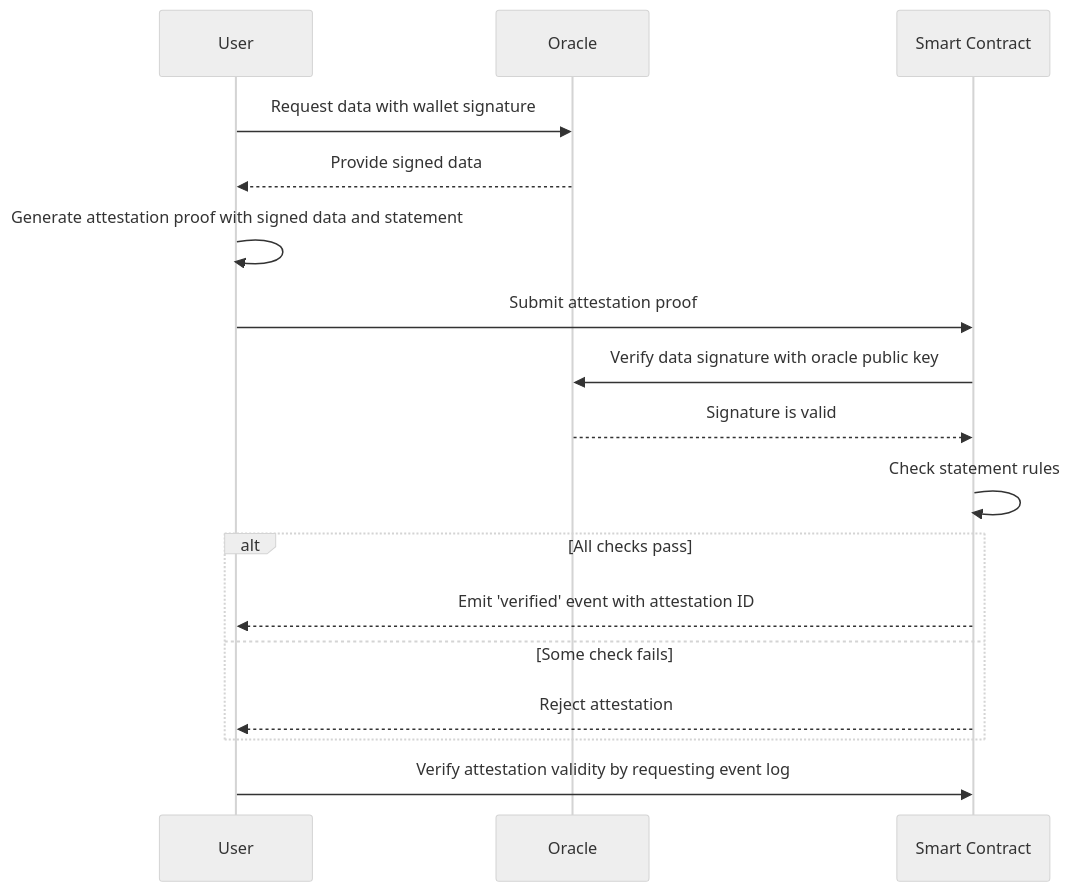
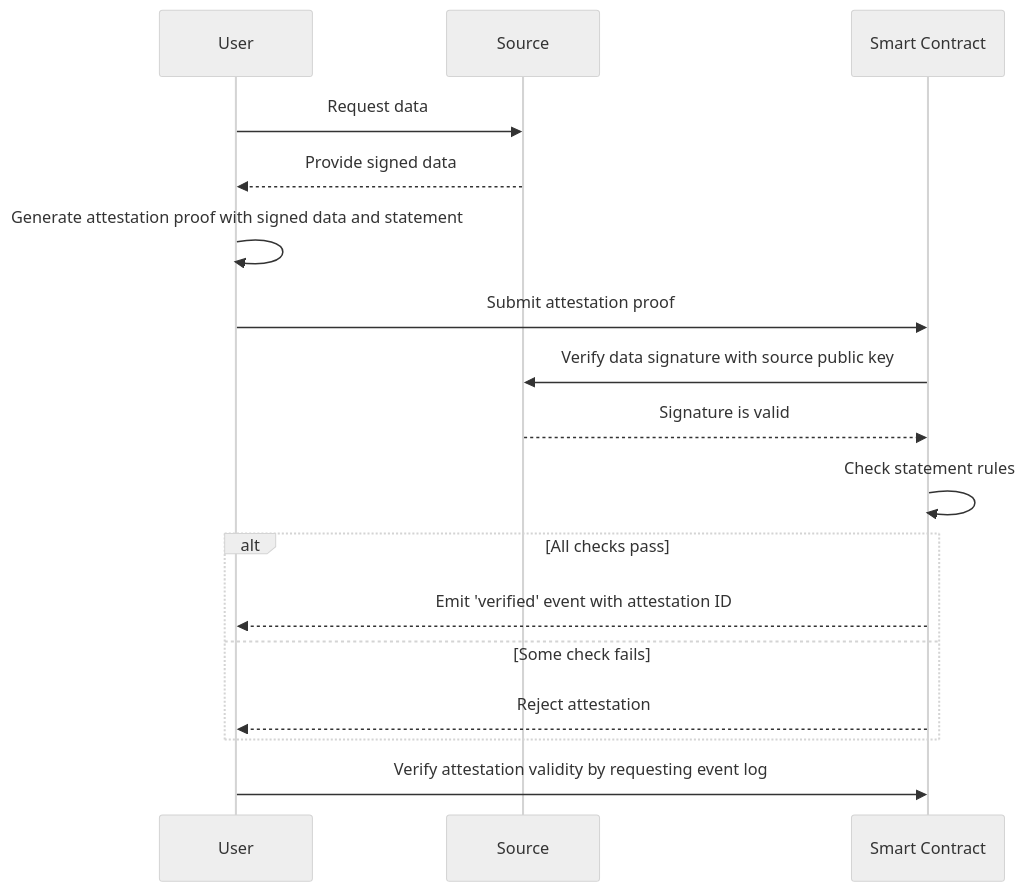
The fourth of 4 diagrams in docs/pages/protocol.mdx (julio4/zap), drawn with Mermaid (neutral theme) before and after one commit. The commit also changed other lines of this file and 4 other files, not shown here.

````diff
--- a/docs/pages/protocol.mdx
+++ b/docs/pages/protocol.mdx
@@ -82,20 +81,20 @@
 ```mermaid
 sequenceDiagram
     participant U as User
-    participant O as Oracle
+    participant O as Source
     participant SC as Smart Contract
 
-    U->>O: Request data with wallet signature
+    U->>O: Request data
     O-->>U: Provide signed data
     U->>U: Generate attestation proof with signed data and statement
     U->>SC: Submit attestation proof
-    SC->>O: Verify data signature with oracle public key
+    SC->>O: Verify data signature with source public key
     O-->>SC: Signature is valid
     SC->>SC: Check statement rules
     alt All checks pass
         SC-->>U: Emit 'verified' event with attestation ID
     else Some check fails
         SC-->>U: Reject attestation
     end
     U->>SC: Verify attestation validity by requesting event log
 ```
````
